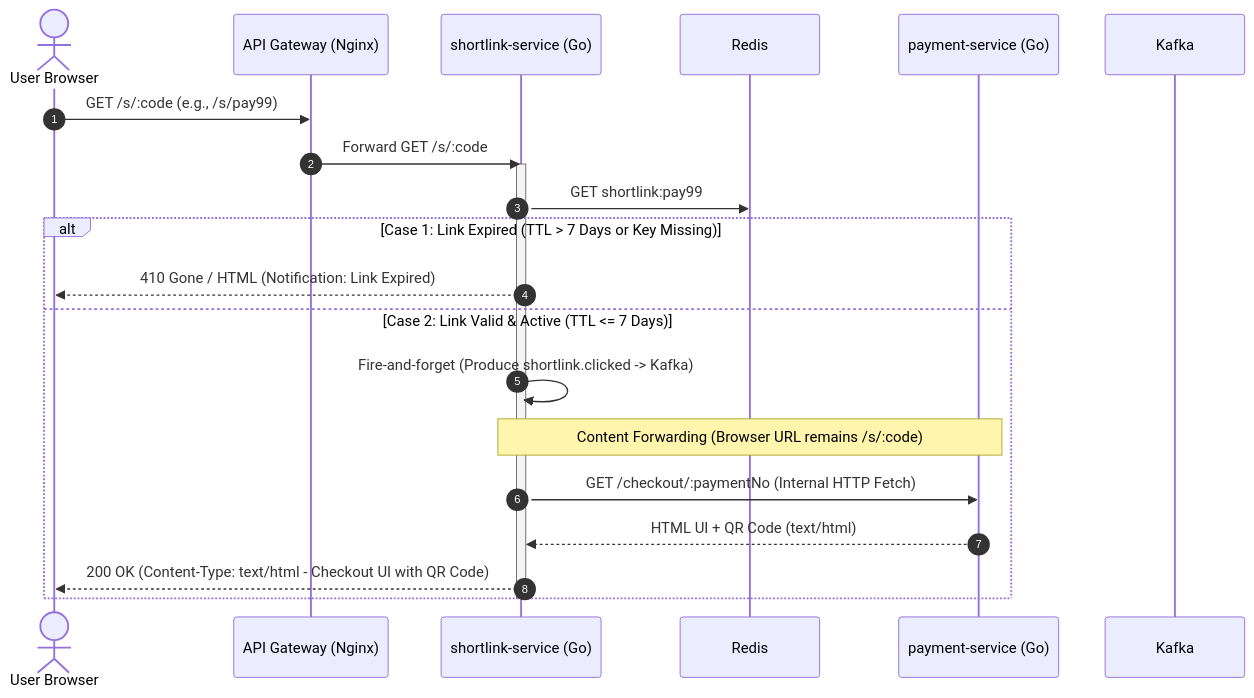
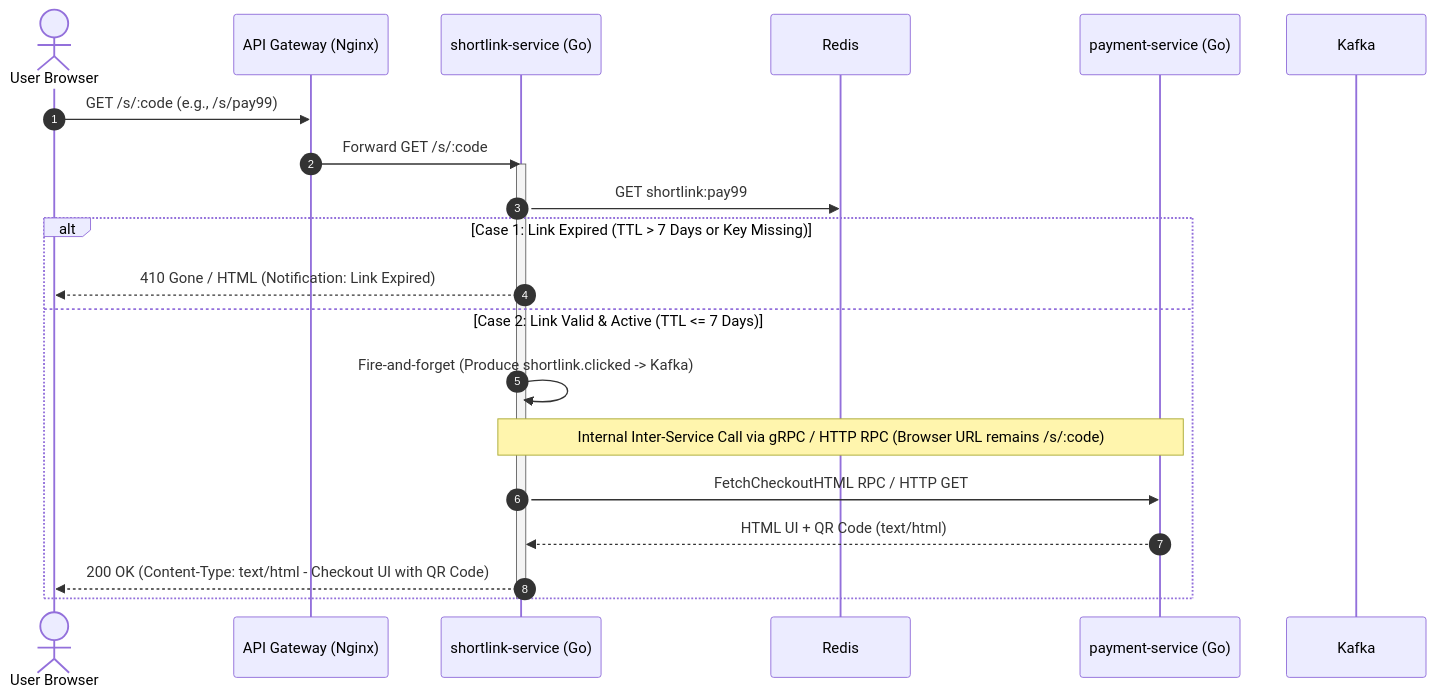
Before and after one commit to t-kiattisak/event-driven-shortlink-payment: the second of 2 diagrams in docs/architecture.md, drawn with Mermaid.

Commit message:
docs: update sequence diagram labels to explicitly highlight gRPC / HTTP RPC inter-service calls

````diff
--- a/docs/architecture.md
+++ b/docs/architecture.md
@@ -108,29 +108,29 @@
 ```mermaid
 sequenceDiagram
     autonumber
     actor User as User Browser
     participant Gateway as API Gateway (Nginx)
     participant Shortlink as shortlink-service (Go)
     participant Redis
     participant Payment as payment-service (Go)
     participant Kafka
 
     User->>Gateway: GET /s/:code (e.g., /s/pay99)
     Gateway->>Shortlink: Forward GET /s/:code
     activate Shortlink
     
     Shortlink->>Redis: GET shortlink:pay99
     
     alt Case 1: Link Expired (TTL > 7 Days or Key Missing)
         Shortlink-->>User: 410 Gone / HTML (Notification: Link Expired)
         
     else Case 2: Link Valid & Active (TTL <= 7 Days)
         Shortlink->>Shortlink: Fire-and-forget (Produce shortlink.clicked -> Kafka)
         
-        Note over Shortlink,Payment: Content Forwarding (Browser URL remains /s/:code)
-        Shortlink->>Payment: GET /checkout/:paymentNo (Internal HTTP Fetch)
+        Note over Shortlink,Payment: Internal Inter-Service Call via gRPC / HTTP RPC (Browser URL remains /s/:code)
+        Shortlink->>Payment: FetchCheckoutHTML RPC / HTTP GET
         Payment-->>Shortlink: HTML UI + QR Code (text/html)
         Shortlink-->>User: 200 OK (Content-Type: text/html - Checkout UI with QR Code)
     end
     deactivate Shortlink
 ```
````
